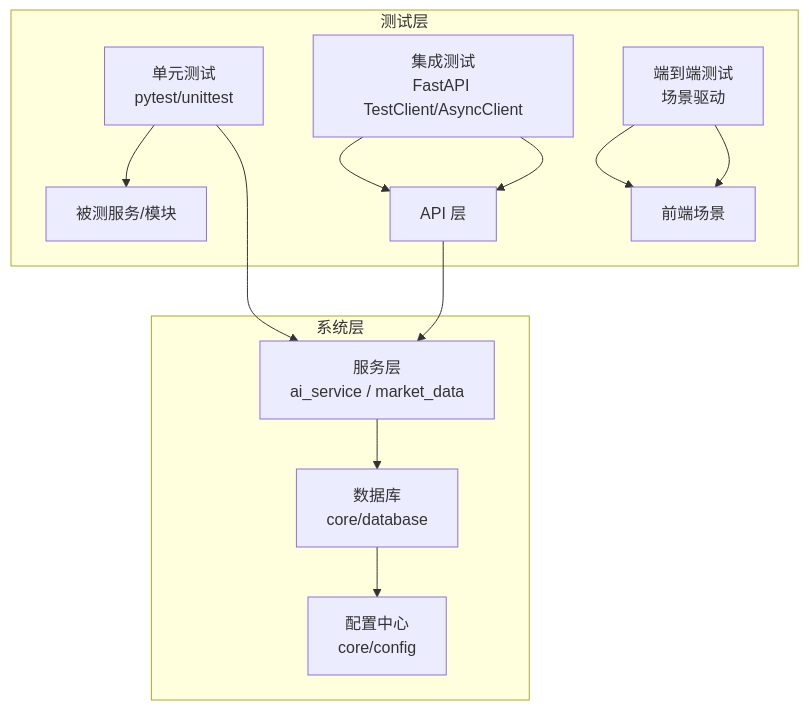
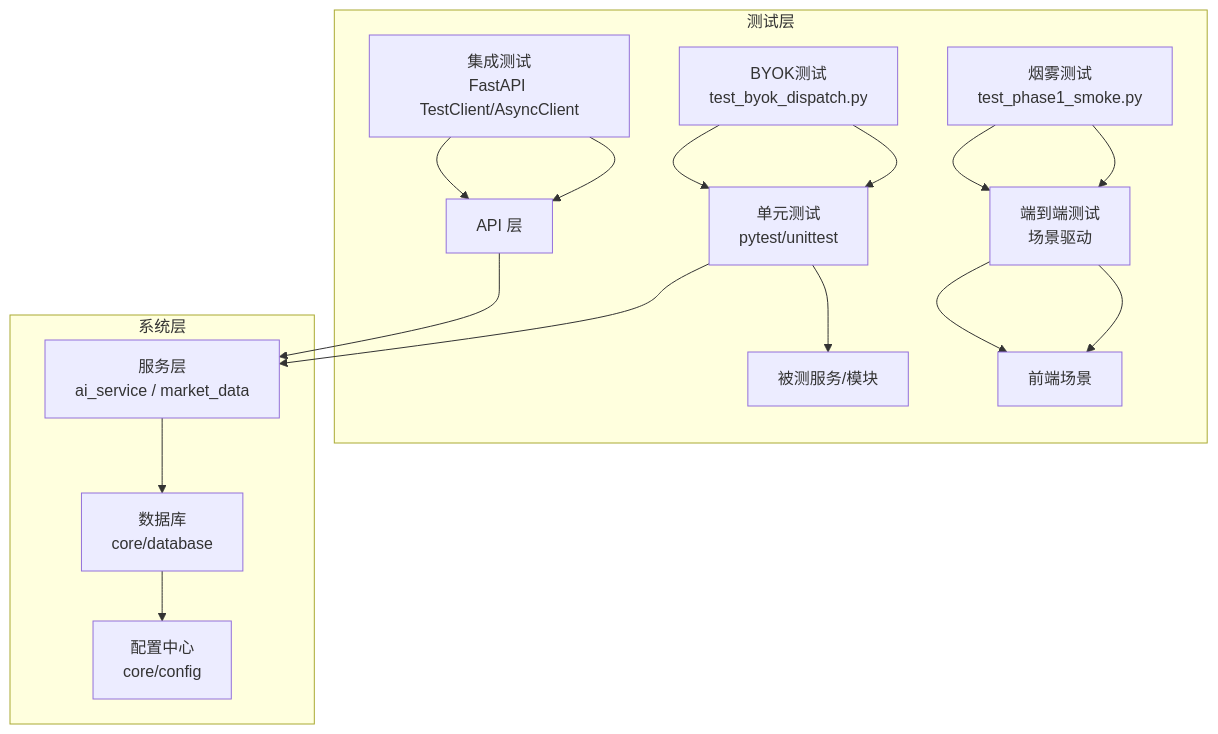
One commit to breeze-lyf/ai-stock-advisor changed the second of 8 diagrams in .qoder/repowiki/zh/content/测试策略/测试策略.md. Above: the diagram before and after it, drawn with Mermaid. The commit also changed other lines of this file and 43 other files, not shown here.

````diff
--- a/.qoder/repowiki/zh/content/测试策略/测试策略.md
+++ b/.qoder/repowiki/zh/content/测试策略/测试策略.md
@@ -101,16 +111,20 @@
 ```mermaid
 graph TB
 subgraph "测试层"
 UT["单元测试<br/>pytest/unittest"] --> SUT["被测服务/模块"]
 IT["集成测试<br/>FastAPI TestClient/AsyncClient"] --> API["API 层"]
 E2E["端到端测试<br/>场景驱动"] --> FE["前端场景"]
+SMOKE["烟雾测试<br/>test_phase1_smoke.py"] --> E2E
+BYOK["BYOK测试<br/>test_byok_dispatch.py"] --> UT
 end
 subgraph "系统层"
 API --> SVC["服务层<br/>ai_service / market_data"]
 SVC --> DB["数据库<br/>core/database"]
 DB --> CFG["配置中心<br/>core/config"]
 end
 UT --> SVC
 IT --> API
 E2E --> FE
+SMOKE --> E2E
+BYOK --> UT
 ```
````
